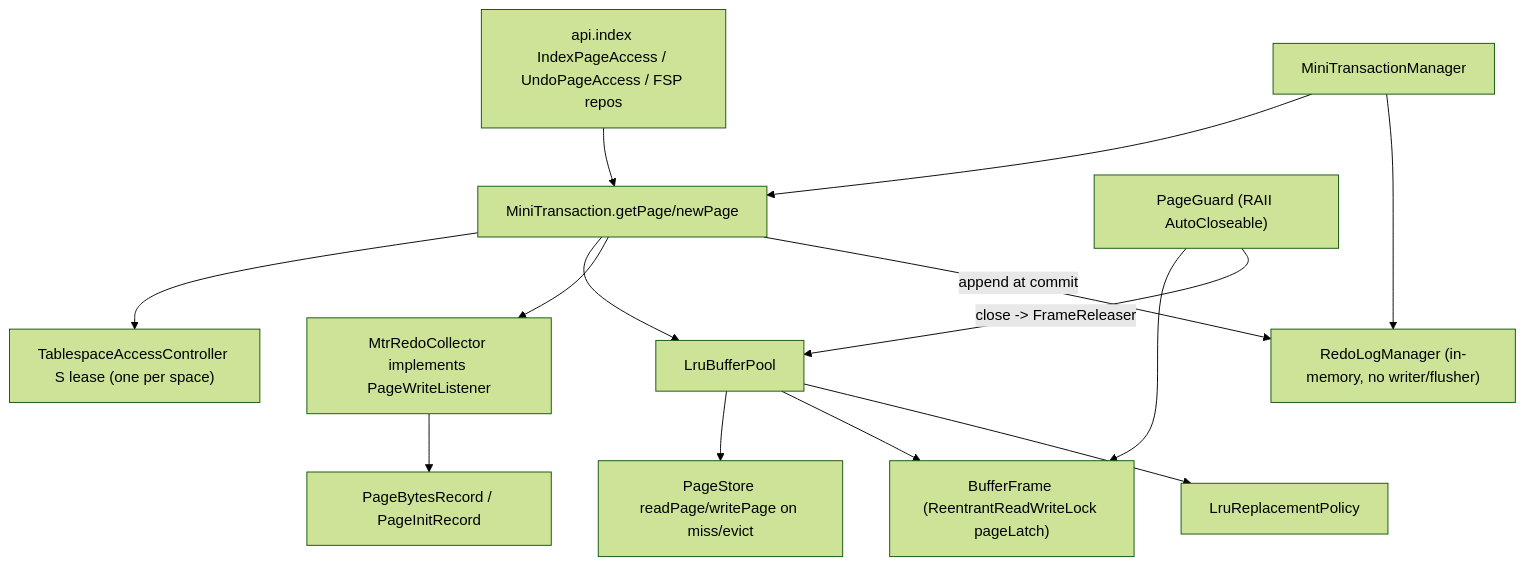
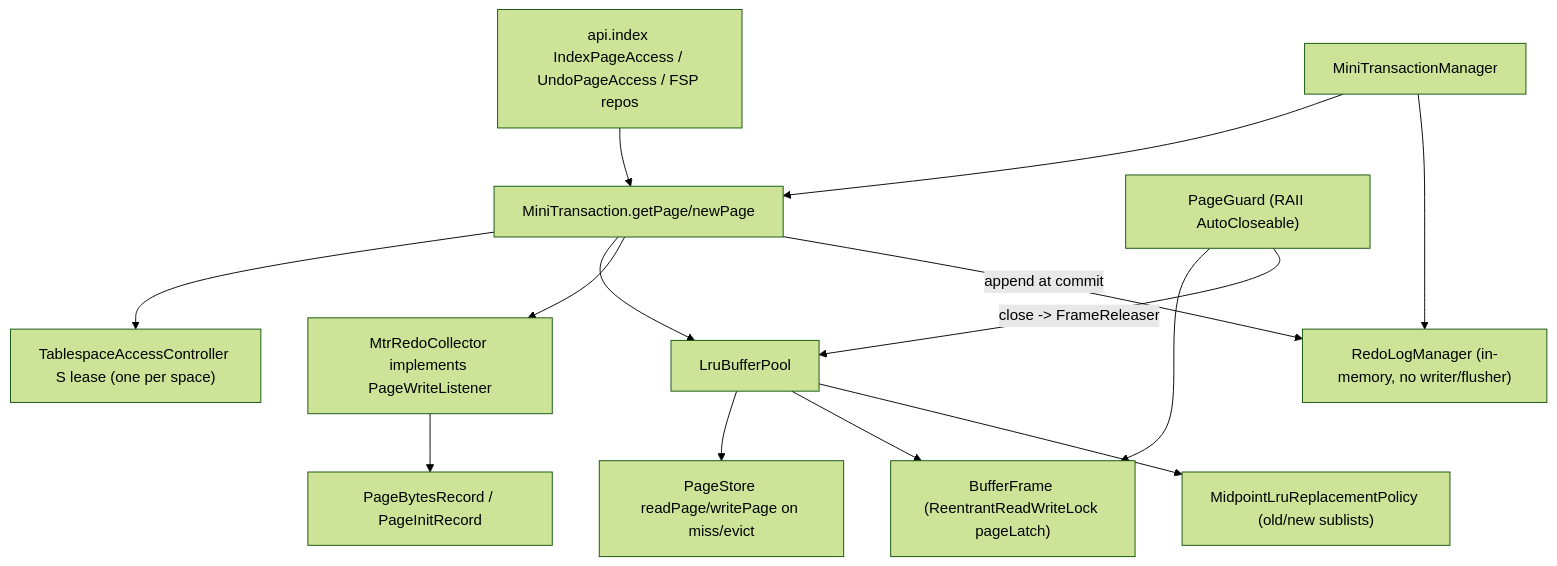
The second of 9 diagrams in docs/design/current-implementation-map.md (mywnlb/dbtest), drawn with Mermaid (forest theme) before and after one commit. The commit also changed other lines of this file and 7 other files, not shown here.

First line of the commit message:
feat(buf): Phase A — midpoint LRU 替换策略（0.8 扫描抗污染）

````diff
--- a/docs/design/current-implementation-map.md
+++ b/docs/design/current-implementation-map.md
@@ -86,16 +86,16 @@
 ```mermaid
 flowchart TD
   Caller["api.index IndexPageAccess / UndoPageAccess / FSP repos"] --> Mtr["MiniTransaction.getPage/newPage"]
   Mtr --> Access["TablespaceAccessController S lease (one per space)"]
   Mtr --> Pool["LruBufferPool"]
   Pool --> Store["PageStore readPage/writePage on miss/evict"]
   Pool --> Frame["BufferFrame (ReentrantReadWriteLock pageLatch)"]
-  Pool --> Policy["LruReplacementPolicy"]
+  Pool --> Policy["MidpointLruReplacementPolicy (old/new sublists)"]
   Mtr --> Collector["MtrRedoCollector implements PageWriteListener"]
   Collector --> RedoRecords["PageBytesRecord / PageInitRecord"]
   Mgr["MiniTransactionManager"] --> Mtr
   Mgr --> RedoMgr["RedoLogManager (in-memory, no writer/flusher)"]
   Mtr -->|append at commit| RedoMgr
   Guard["PageGuard (RAII AutoCloseable)"] --> Frame
   Guard -->|close -> FrameReleaser| Pool
 ```
````
